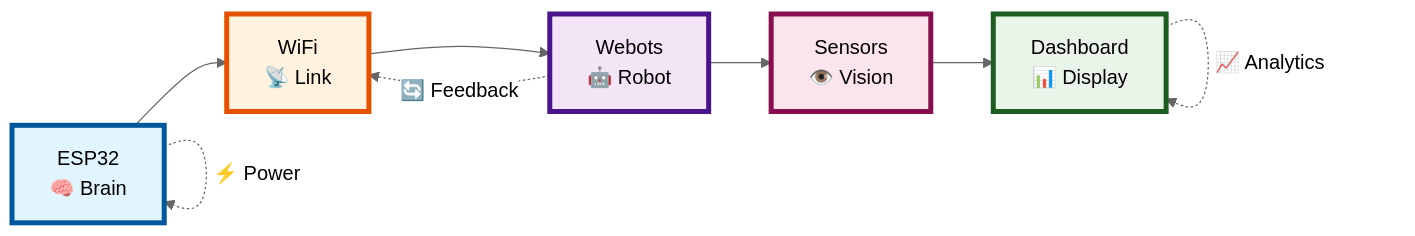
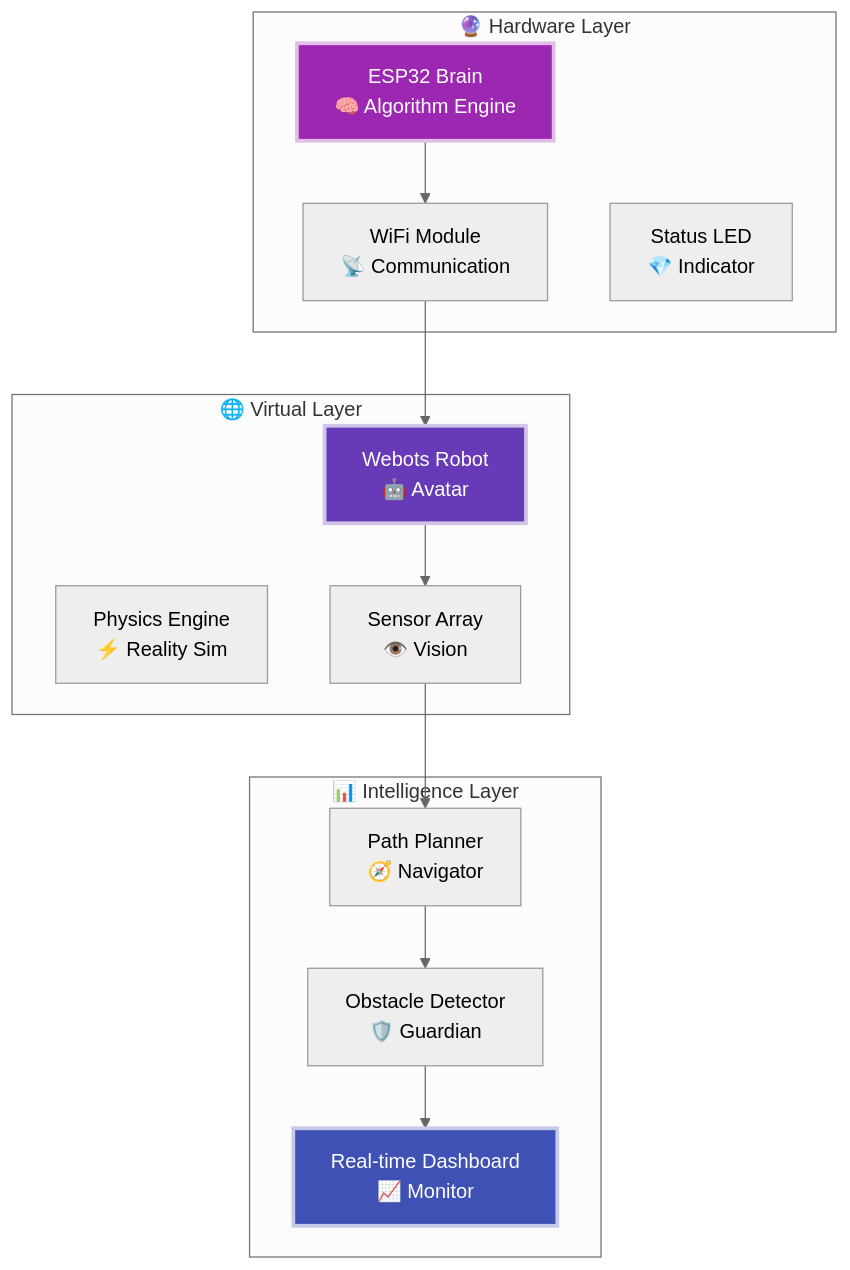
Before and after one commit to Simonf8/Hardware-in-the-Loop-Simulation: the diagram in README.md, drawn with Mermaid (neutral theme). The commit also changed other lines of this file, not shown here.

Commit message:
docs: Complete README overhaul with clean organization and dark theme - Removed redundant content, applied sleek purple/cyan styling, reorganized structure, enhanced algorithm comparison, streamlined instructions

````diff
--- a/README.md
+++ b/README.md
@@ -77,17 +140,31 @@
 ```mermaid
-graph LR
-    A[ESP32<br/>🧠 Brain] --> B[WiFi<br/>📡 Link]
-    B --> C[Webots<br/>🤖 Robot]
-    C --> D[Sensors<br/>👁️ Vision]
-    D --> E[Dashboard<br/>📊 Display]
+graph TB
+    subgraph "🔮 Hardware Layer"
+        A[ESP32 Brain<br/>🧠 Algorithm Engine]
+        B[WiFi Module<br/>📡 Communication]
+        C[Status LED<br/>💎 Indicator]
+    end
     
-    style A fill:#e1f5fe,stroke:#01579b,stroke-width:4px
-    style C fill:#f3e5f5,stroke:#4a148c,stroke-width:4px
-    style E fill:#e8f5e8,stroke:#1b5e20,stroke-width:4px
-    style B fill:#fff3e0,stroke:#e65100,stroke-width:4px
-    style D fill:#fce4ec,stroke:#880e4f,stroke-width:4px
+    subgraph "🌐 Virtual Layer"  
+        D[Webots Robot<br/>🤖 Avatar]
+        E[Physics Engine<br/>⚡ Reality Sim]
+        F[Sensor Array<br/>👁️ Vision]
+    end
     
-    A -.->|⚡ Power| A
-    C -.->|🔄 Feedback| B
-    E -.->|📈 Analytics| E
+    subgraph "📊 Intelligence Layer"
+        G[Path Planner<br/>🧭 Navigator]
+        H[Obstacle Detector<br/>🛡️ Guardian]
+        I[Real-time Dashboard<br/>📈 Monitor]
+    end
+    
+    A --> B
+    B --> D
+    D --> F
+    F --> G
+    G --> H
+    H --> I
+    
+    style A fill:#9C27B0,stroke:#E1BEE7,stroke-width:3px,color:#fff
+    style D fill:#673AB7,stroke:#D1C4E9,stroke-width:3px,color:#fff
+    style I fill:#3F51B5,stroke:#C5CAE9,stroke-width:3px,color:#fff
 ```
````
